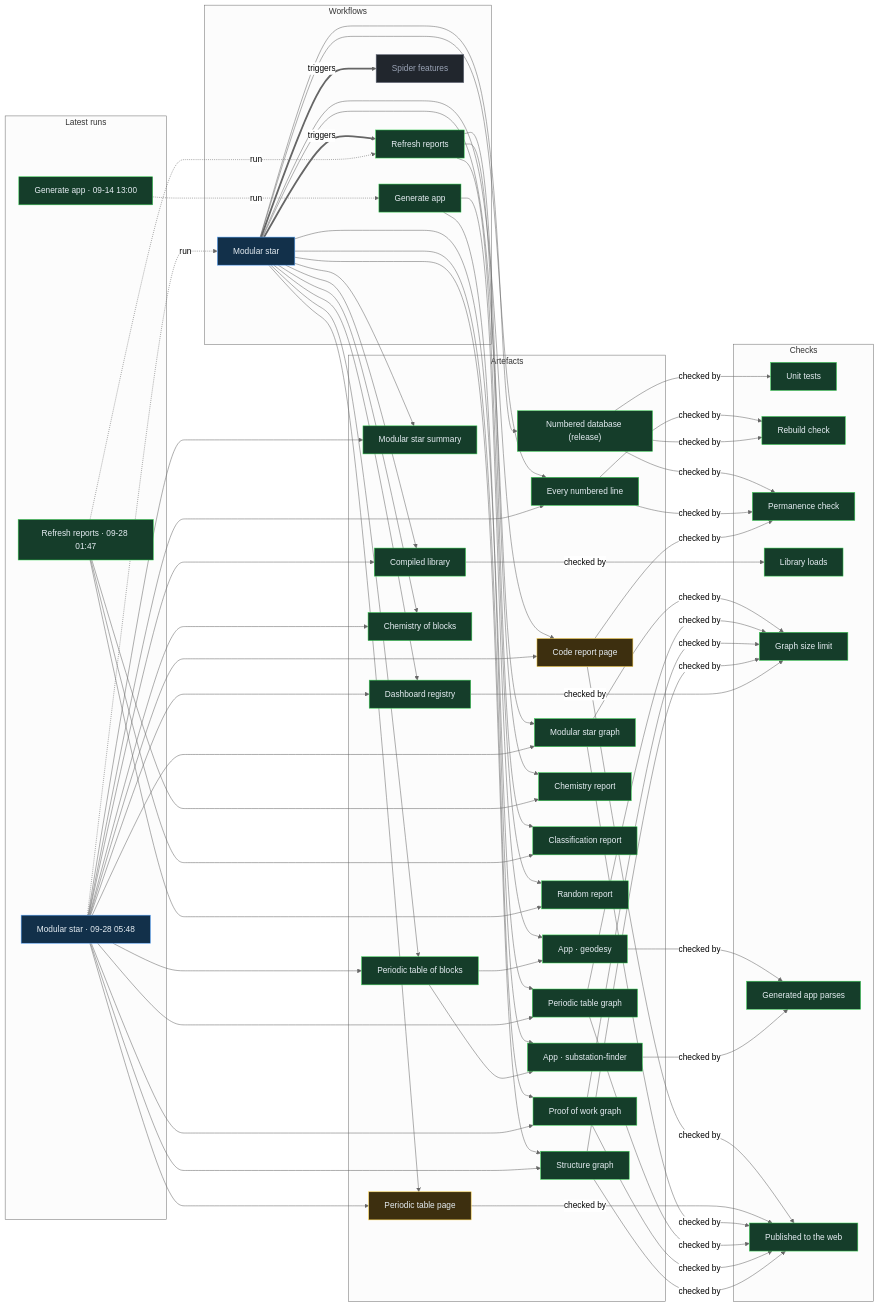
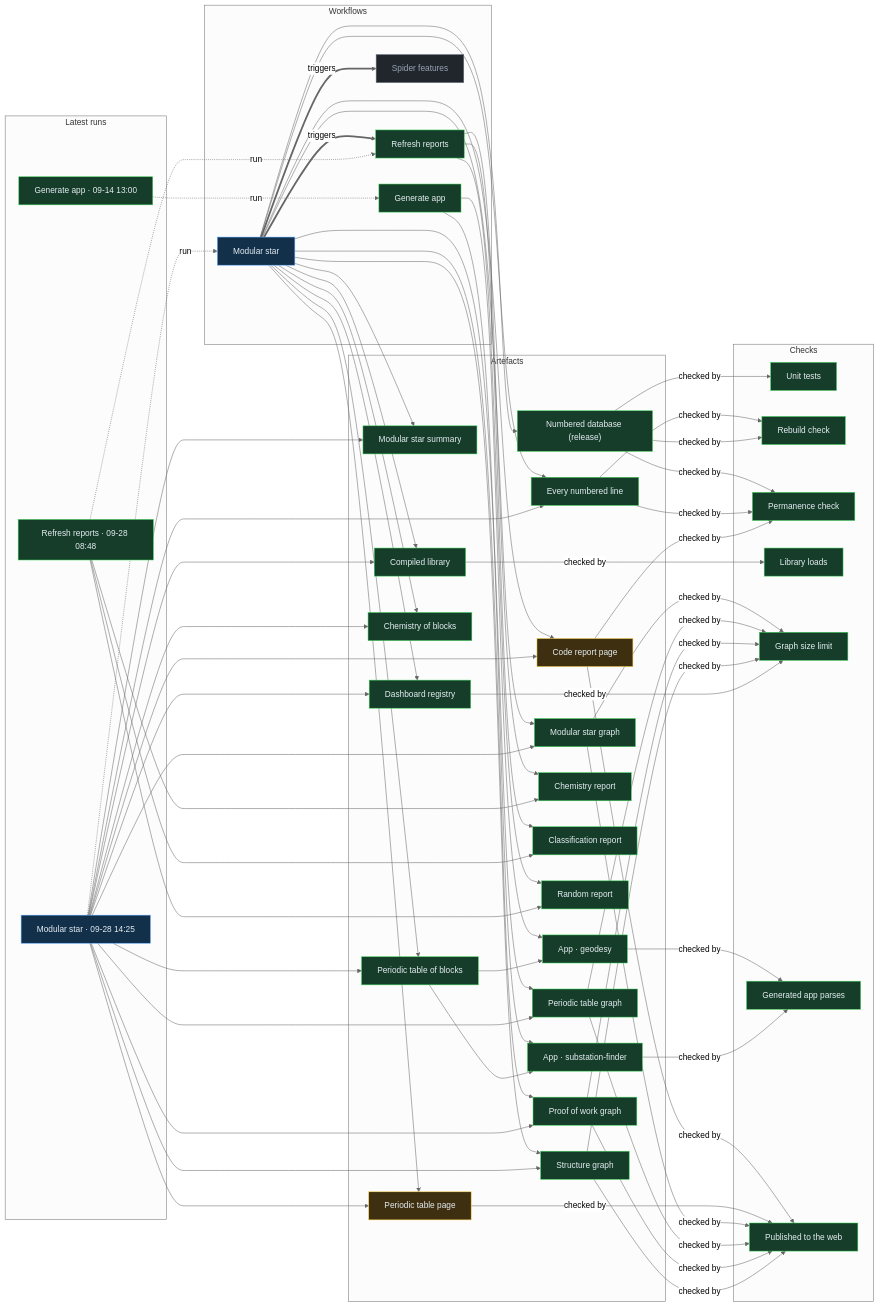
The diagram in proof/PROOF.md (Ventusltd/stars), drawn with Mermaid (neutral theme) before and after one commit. The commit also changed other lines of this file and 148 other files, not shown here.

Commit message:
Modular star 2026-09-28T14:27Z

```diff
--- a/proof/PROOF.md
+++ b/proof/PROOF.md
@@ -24,8 +24,8 @@
   n_wf_spider_features["Spider features"]:::off
   end
   subgraph g_runs["Latest runs"]
-  n_run_36383478742["Modular star · 09-28 05:48"]:::live
-  n_run_36367317046["Refresh reports · 09-28 01:47"]:::ok
+  n_run_36435811703["Modular star · 09-28 14:25"]:::live
+  n_run_36399574930["Refresh reports · 09-28 08:48"]:::ok
   n_run_34846587798["Generate app · 09-14 13:00"]:::ok
   end
   subgraph g_artefacts["Artefacts"]
@@ -59,39 +59,39 @@
   end
   n_wf_modular_star == triggers ==> n_wf_refresh
   n_wf_modular_star == triggers ==> n_wf_spider_features
-  n_run_36383478742 -. run .-> n_wf_modular_star
-  n_run_36367317046 -. run .-> n_wf_refresh
+  n_run_36435811703 -. run .-> n_wf_modular_star
+  n_run_36399574930 -. run .-> n_wf_refresh
   n_run_34846587798 -. run .-> n_wf_generate
   n_wf_modular_star --> n_art_summary
-  n_run_36383478742 --> n_art_summary
+  n_run_36435811703 --> n_art_summary
   n_wf_modular_star --> n_art_lines
-  n_run_36383478742 --> n_art_lines
+  n_run_36435811703 --> n_art_lines
   n_wf_modular_star --> n_art_code
-  n_run_36383478742 --> n_art_code
+  n_run_36435811703 --> n_art_code
   n_wf_modular_star --> n_art_modular_graph
-  n_run_36383478742 --> n_art_modular_graph
+  n_run_36435811703 --> n_art_modular_graph
   n_wf_modular_star --> n_art_blocks
-  n_run_36383478742 --> n_art_blocks
+  n_run_36435811703 --> n_art_blocks
   n_wf_modular_star --> n_art_table
-  n_run_36383478742 --> n_art_table
+  n_run_36435811703 --> n_art_table
   n_wf_modular_star --> n_art_blocks_graph
-  n_run_36383478742 --> n_art_blocks_graph
+  n_run_36435811703 --> n_art_blocks_graph
   n_wf_modular_star --> n_art_reactions
-  n_run_36383478742 --> n_art_reactions
+  n_run_36435811703 --> n_art_reactions
   n_wf_modular_star --> n_art_library
-  n_run_36383478742 --> n_art_library
+  n_run_36435811703 --> n_art_library
   n_wf_modular_star --> n_art_features
-  n_run_36383478742 --> n_art_features
+  n_run_36435811703 --> n_art_features
   n_wf_modular_star --> n_art_proof
-  n_run_36383478742 --> n_art_proof
+  n_run_36435811703 --> n_art_proof
   n_wf_modular_star --> n_art_structure
-  n_run_36383478742 --> n_art_structure
+  n_run_36435811703 --> n_art_structure
   n_wf_refresh --> n_art_chemistry
-  n_run_36367317046 --> n_art_chemistry
+  n_run_36399574930 --> n_art_chemistry
   n_wf_refresh --> n_art_vedic
-  n_run_36367317046 --> n_art_vedic
+  n_run_36399574930 --> n_art_vedic
   n_wf_refresh --> n_art_random
-  n_run_36367317046 --> n_art_random
+  n_run_36399574930 --> n_art_random
   n_wf_modular_star --> n_art_release
   n_wf_generate --> n_app_geodesy
   n_art_blocks --> n_app_geodesy
```
